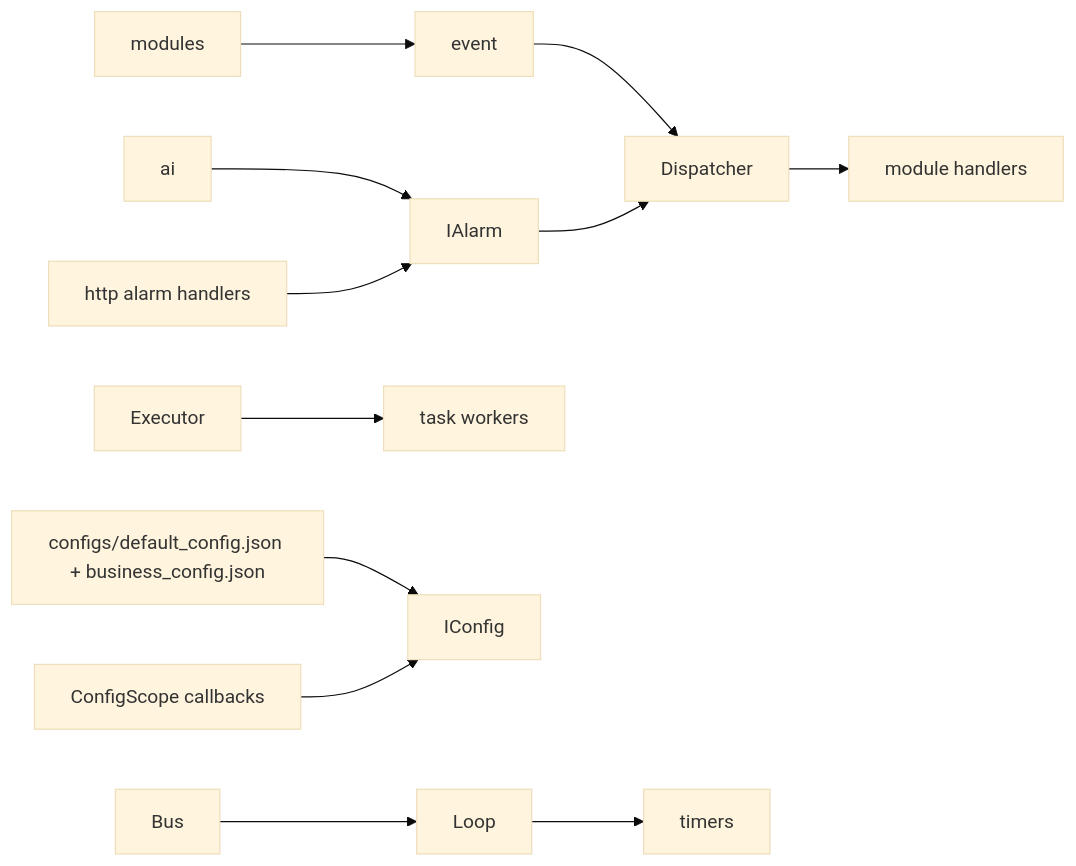
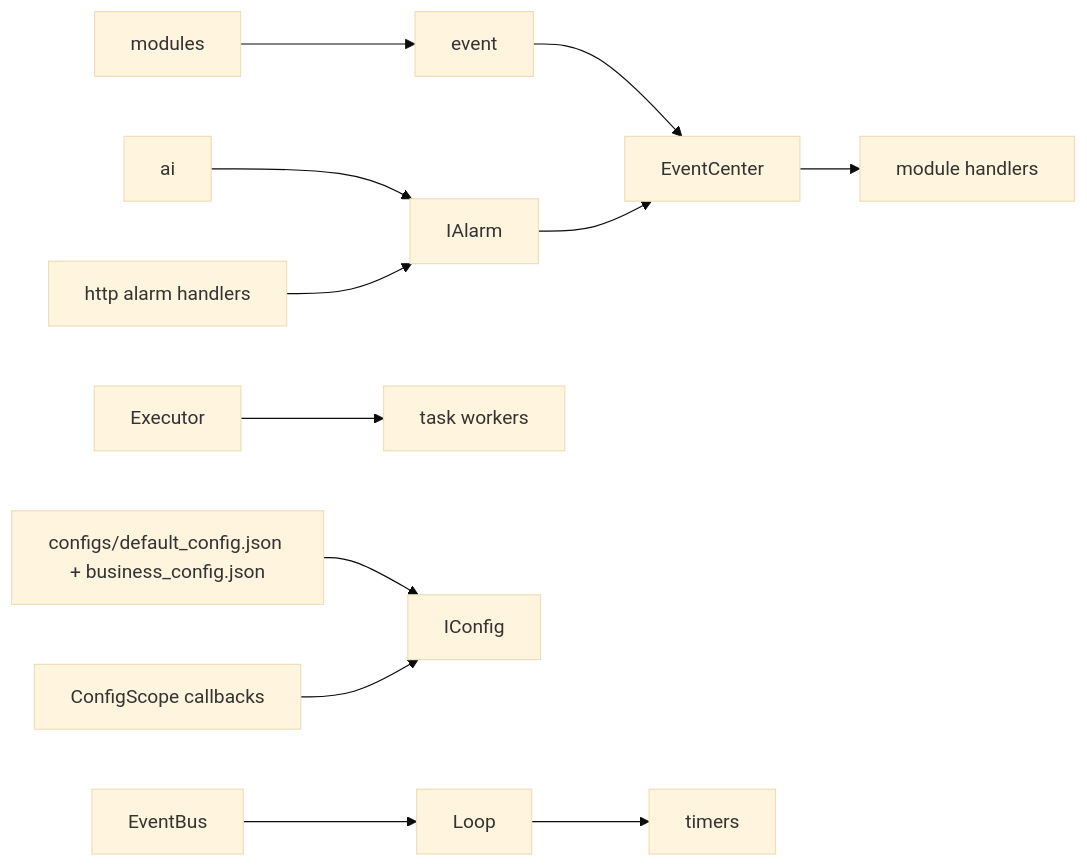
Before and after one commit to 373699756/live_stream: the diagram in docs/libs/event.md, drawn with Mermaid (base theme). The commit also changed other lines of this file and 32 other files, not shown here.

Commit message:
refactor: replace event dispatcher with event center

````diff
--- a/docs/libs/event.md
+++ b/docs/libs/event.md
@@ -14,14 +14,14 @@
 ```mermaid
 flowchart LR
   Publishers[modules] --> Event[event]
-  Event --> Dispatcher[Dispatcher]
-  Dispatcher --> Handlers[module handlers]
-  Bus[Bus] --> Loop[Loop]
+  Event --> EventCenter[EventCenter]
+  EventCenter --> Handlers[module handlers]
+  EventBus[EventBus] --> Loop[Loop]
   Loop --> Timers[timers]
   Executor[Executor] --> Tasks[task workers]
   ConfigFiles[configs/default_config.json + business_config.json] --> Config[IConfig]
   Modules[ConfigScope callbacks] --> Config
   AI[ai] --> Alarm[IAlarm]
   HTTP[http alarm handlers] --> Alarm
-  Alarm --> Dispatcher
+  Alarm --> EventCenter
 ```
````
